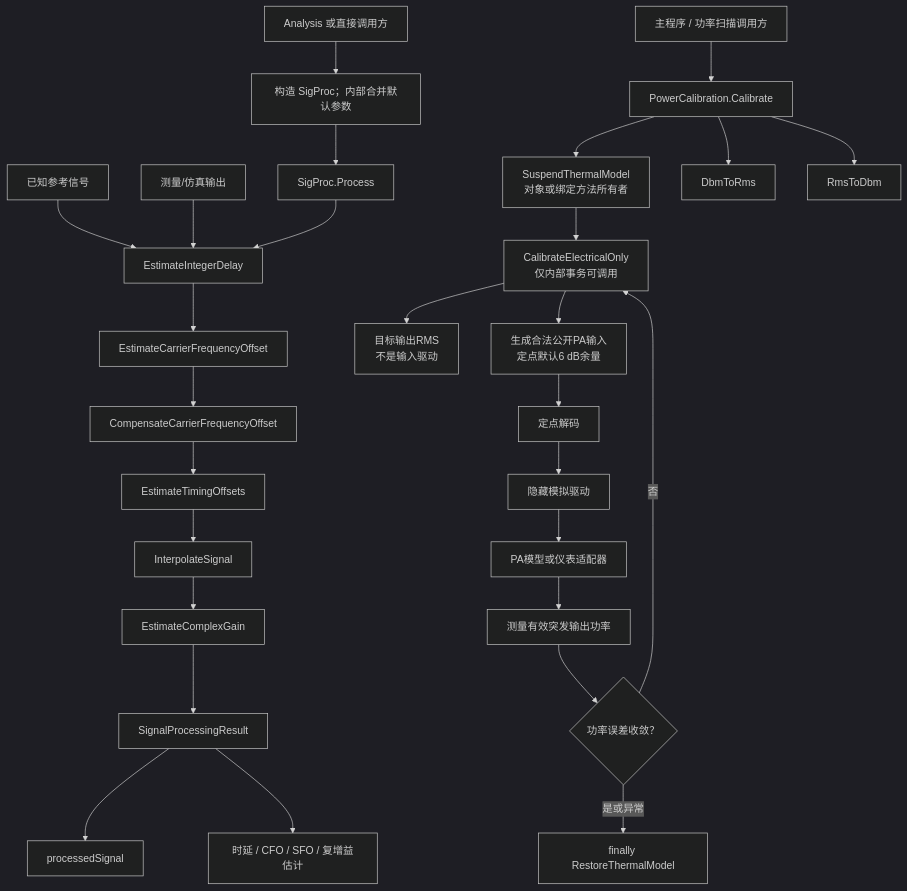
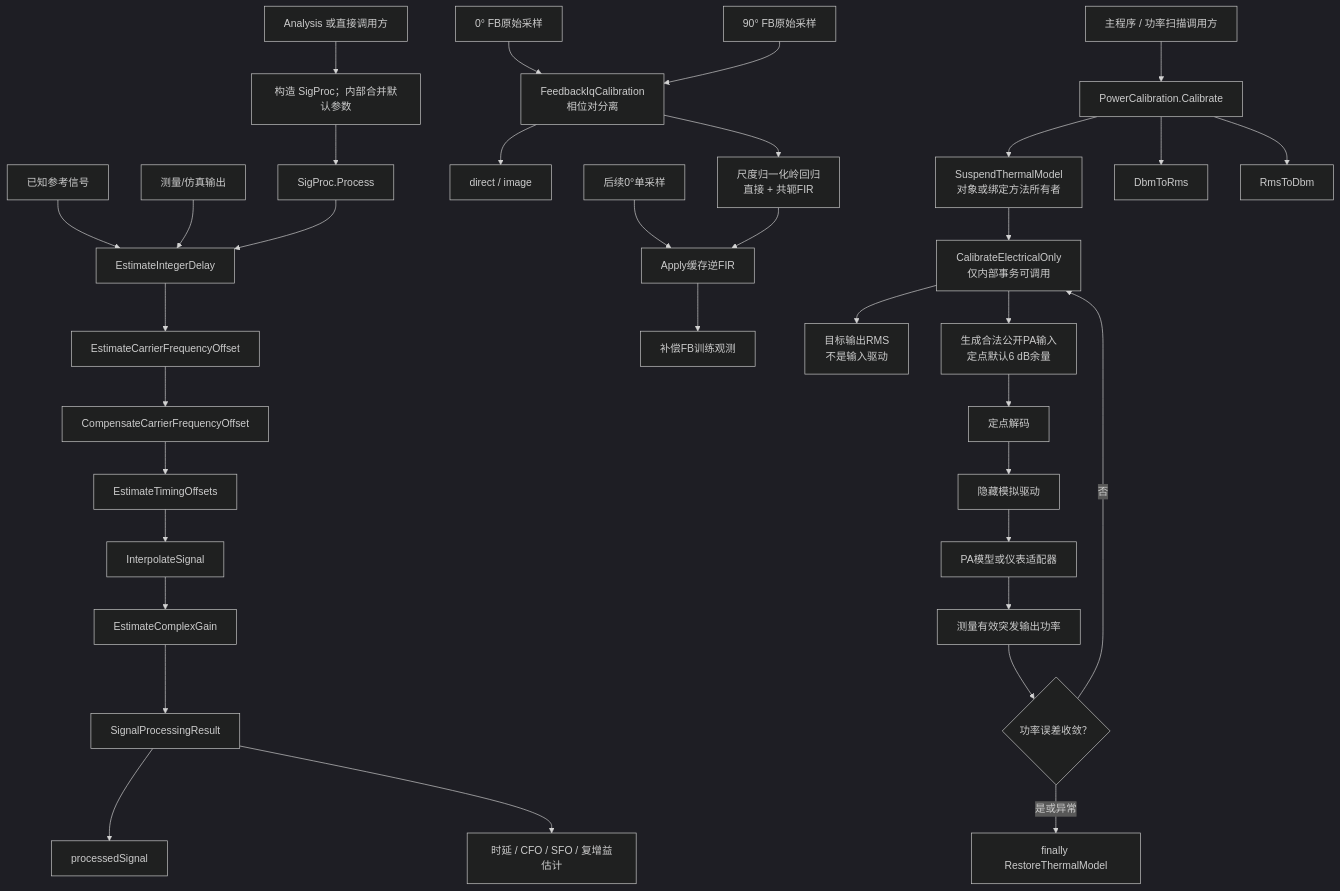
One commit to niyilu45/DPD_ILC changed diagram 17 of 20 in README.md. Above: the diagram before and after it, drawn with Mermaid (dark theme). The commit also changed other lines of this file and 7 other files, not shown here.

Commit message:
Add phase-pair feedback IQ calibration

````diff
--- a/README.md
+++ b/README.md
@@ -912,30 +914,37 @@
 ```mermaid
 flowchart TD
     caller["Analysis 或直接调用方"] --> processor["构造 SigProc；内部合并默认参数"]
     processor --> process["SigProc.Process"]
     reference["已知参考信号"] --> integer["EstimateIntegerDelay"]
     measured["测量/仿真输出"] --> integer
     process --> integer
     integer --> cfo["EstimateCarrierFrequencyOffset"]
     cfo --> cfoComp["CompensateCarrierFrequencyOffset"]
     cfoComp --> timing["EstimateTimingOffsets"]
     timing --> interpolation["InterpolateSignal"]
     interpolation --> gain["EstimateComplexGain"]
     gain --> result["SignalProcessingResult"]
     result --> corrected["processedSignal"]
     result --> estimates["时延 / CFO / SFO / 复增益估计"]
+    phaseZero["0° FB原始采样"] --> iqCalibration["FeedbackIqCalibration<br/>相位对分离"]
+    phaseNinety["90° FB原始采样"] --> iqCalibration
+    iqCalibration --> directImage["direct / image"]
+    iqCalibration --> iqFit["尺度归一化岭回归<br/>直接 + 共轭FIR"]
+    nextZero["后续0°单采样"] --> iqApply["Apply缓存逆FIR"]
+    iqFit --> iqApply
+    iqApply --> correctedFeedback["补偿FB训练观测"]
     powerCaller["主程序 / 功率扫描调用方"] --> calibration["PowerCalibration.Calibrate"]
     calibration --> suspendThermal["SuspendThermalModel<br/>对象或绑定方法所有者"]
     suspendThermal --> electricalCalibration["CalibrateElectricalOnly<br/>仅内部事务可调用"]
     calibration --> dbmToRms["DbmToRms"]
     calibration --> rmsToDbm["RmsToDbm"]
     electricalCalibration --> targetRms["目标输出RMS<br/>不是输入驱动"]
     electricalCalibration --> trialInput["生成合法公开PA输入<br/>定点默认6 dB余量"]
     trialInput --> decodeTrial["定点解码"]
     decodeTrial --> analogDrive["隐藏模拟驱动"]
     analogDrive --> paOrInstrument["PA模型或仪表适配器"]
     paOrInstrument --> activePower["测量有效突发输出功率"]
     activePower --> converged{"功率误差收敛？"}
     converged -->|否| electricalCalibration
     converged -->|是或异常| restoreThermal["finally RestoreThermalModel"]
 ```
````
